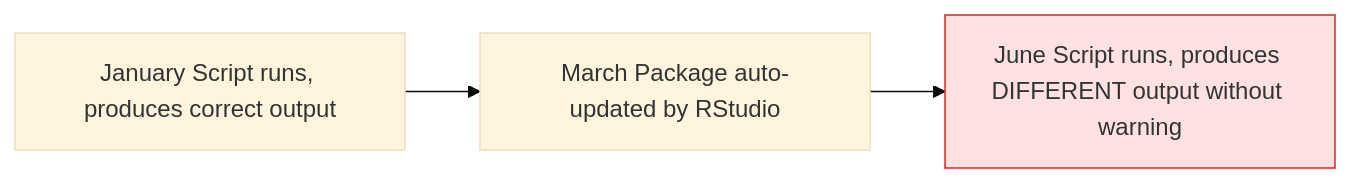
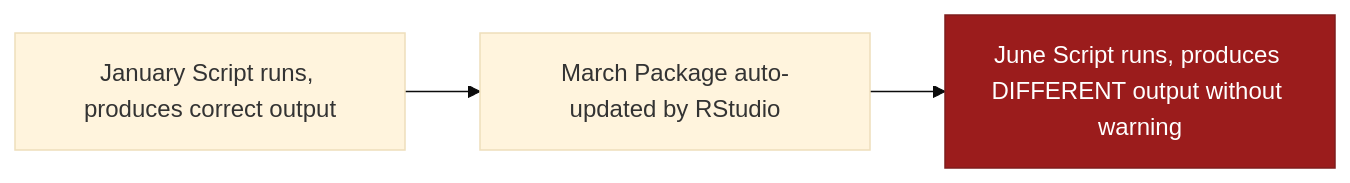
Before and after one commit to Ch3w3y/docker_gcp: the first of 3 diagrams in docs/case-for-change.md, drawn with Mermaid (base theme). The commit also changed 11 other files, not shown here.

First line of the commit message:
Fix/mermaid contrast and linebreaks (#17)

````diff
--- a/docs/case-for-change.md
+++ b/docs/case-for-change.md
@@ -15,10 +15,10 @@
 ```mermaid
 flowchart LR
     A["January Script runs, produces correct output"]
     B["March Package auto-updated by RStudio"]
     C["June Script runs, produces DIFFERENT output without warning"]
 
     A --> B --> C
 
-    style C fill:#fee2e2,stroke:#dc2626
+    style C fill:#9b1c1c,stroke:#7f1d1d,color:#ffffff
 ```
````
